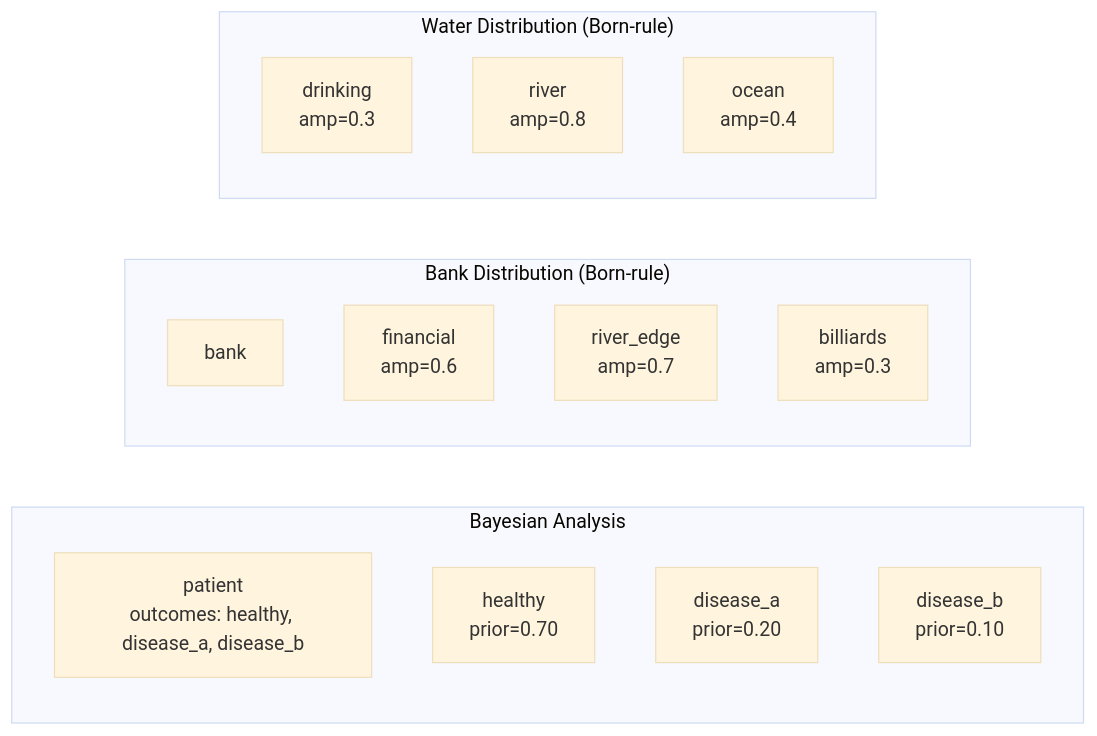
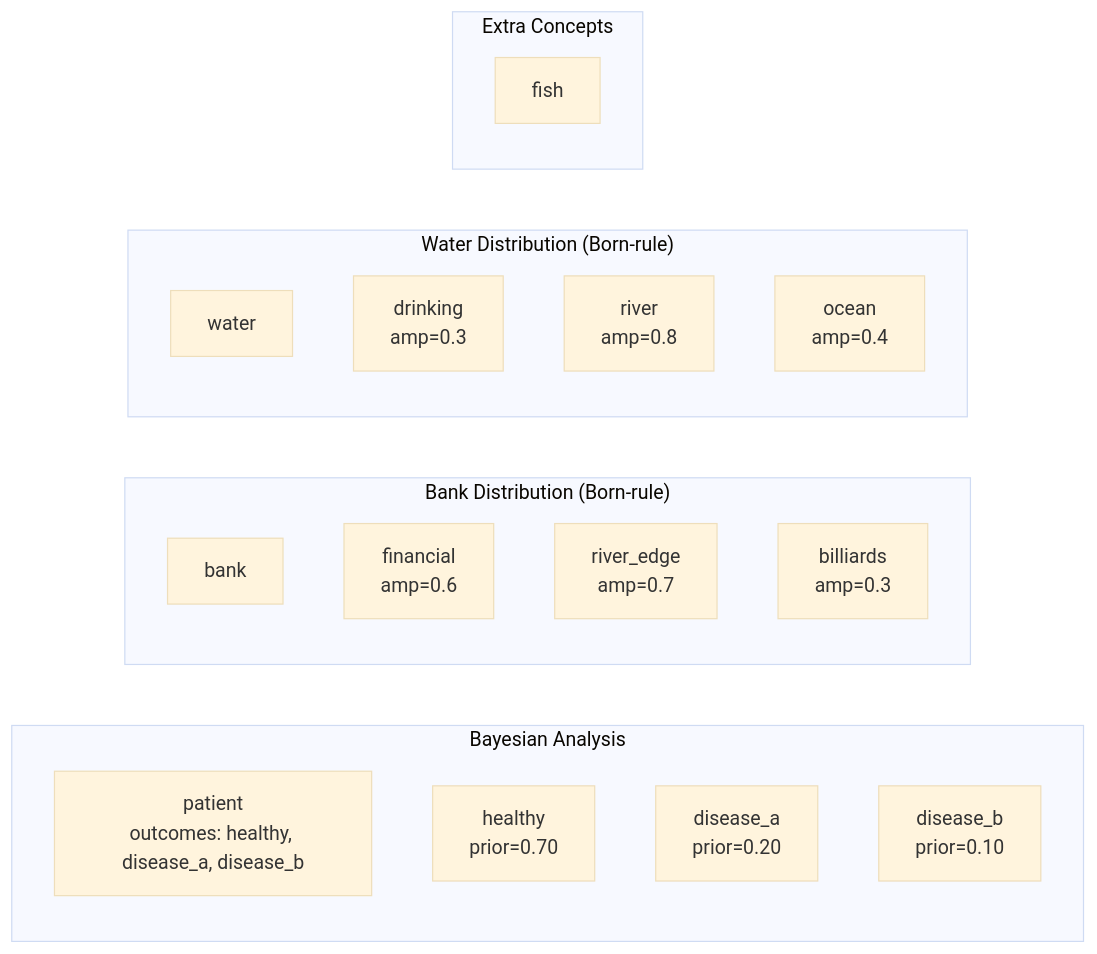
The diagram in examples/showcase/belief/belief_and_bayesian/README.md (antquinonez/Hyper3), drawn with Mermaid (base theme) before and after one commit. The commit also changed 5 other files, not shown here.

First line of the commit message:
Fix belief showcase examples: inaccurate mermaid/text, missing sections, internal API migration

````diff
--- a/examples/showcase/belief/belief_and_bayesian/README.md
+++ b/examples/showcase/belief/belief_and_bayesian/README.md
@@ -104,22 +104,27 @@
 ```mermaid
 graph LR
     subgraph "Bayesian Analysis"
         PAT["patient<br/>outcomes: healthy, disease_a, disease_b"]
         H["healthy<br/>prior=0.70"]
         DA["disease_a<br/>prior=0.20"]
         DB["disease_b<br/>prior=0.10"]
     end
 
     subgraph "Bank Distribution (Born-rule)"
         BNK["bank"]
         FIN["financial<br/>amp=0.6"]
         RE["river_edge<br/>amp=0.7"]
         BIL["billiards<br/>amp=0.3"]
     end
 
     subgraph "Water Distribution (Born-rule)"
+        WTR["water"]
         DRK["drinking<br/>amp=0.3"]
         RIV["river<br/>amp=0.8"]
         OCE["ocean<br/>amp=0.4"]
     end
+
+    subgraph "Extra Concepts"
+        FISH["fish"]
+    end
 ```
````
